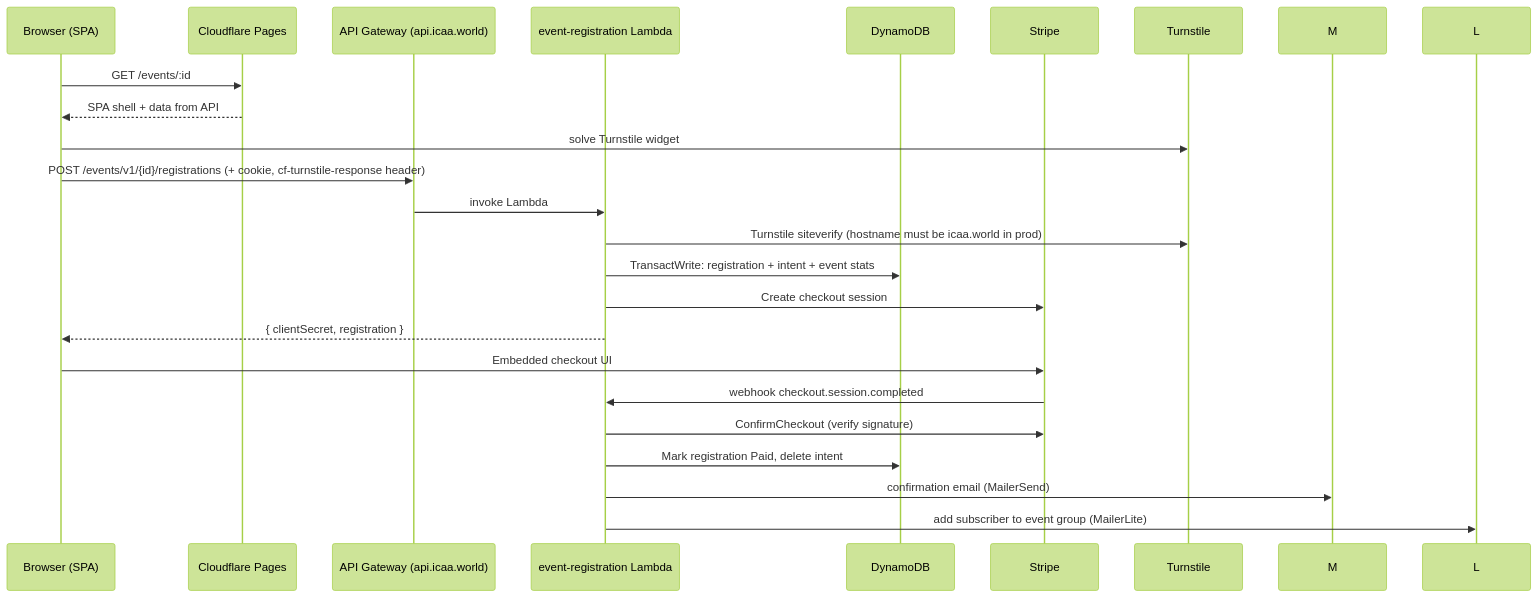
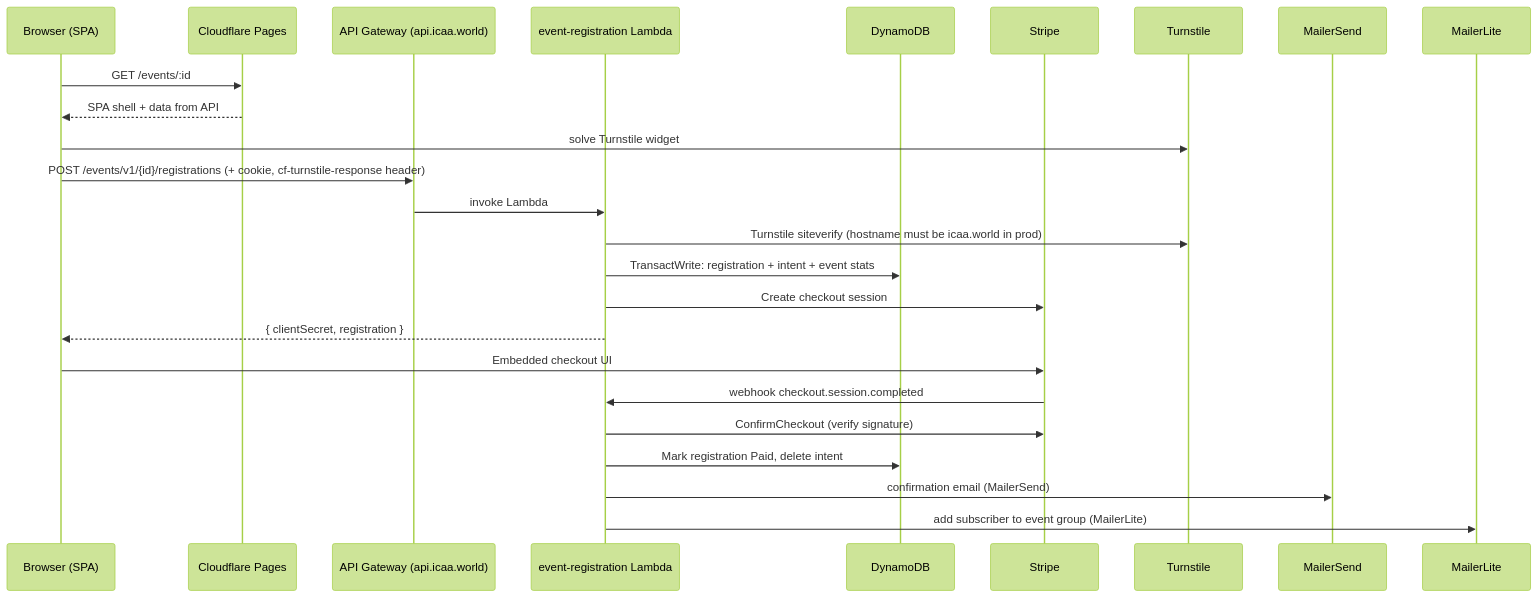
The second of 2 diagrams in docs/architecture.md (International-Combat-Archery-Alliance/system-docs), drawn with Mermaid (forest theme) before and after one commit. The commit also changed other lines of this file and 7 other files, not shown here.

````diff
--- a/docs/architecture.md
+++ b/docs/architecture.md
@@ -69,26 +69,28 @@
 ```mermaid
 sequenceDiagram
     participant B as Browser (SPA)
     participant P as Cloudflare Pages
     participant GW as API Gateway (api.icaa.world)
     participant E as event-registration Lambda
     participant D as DynamoDB
     participant S as Stripe
     participant T as Turnstile
+    participant M as MailerSend
+    participant L as MailerLite
 
     B->>P: GET /events/:id
     P-->>B: SPA shell + data from API
     B->>T: solve Turnstile widget
     B->>GW: POST /events/v1/{id}/registrations (+ cookie, cf-turnstile-response header)
     GW->>E: invoke Lambda
     E->>T: Turnstile siteverify (hostname must be icaa.world in prod)
     E->>D: TransactWrite: registration + intent + event stats
     E->>S: Create checkout session
     E-->>B: { clientSecret, registration }
     B->>S: Embedded checkout UI
     S->>E: webhook checkout.session.completed
     E->>S: ConfirmCheckout (verify signature)
     E->>D: Mark registration Paid, delete intent
     E->>M: confirmation email (MailerSend)
     E->>L: add subscriber to event group (MailerLite)
 ```
````
